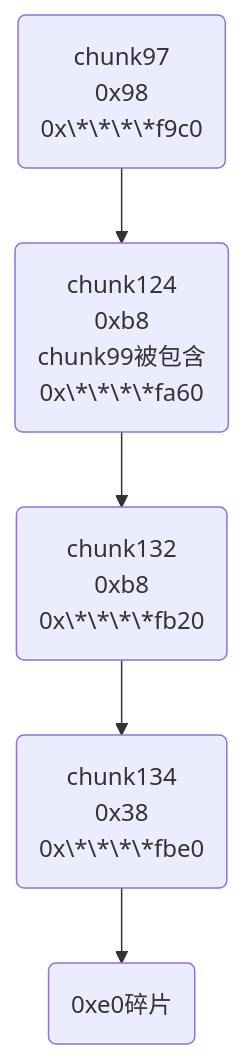
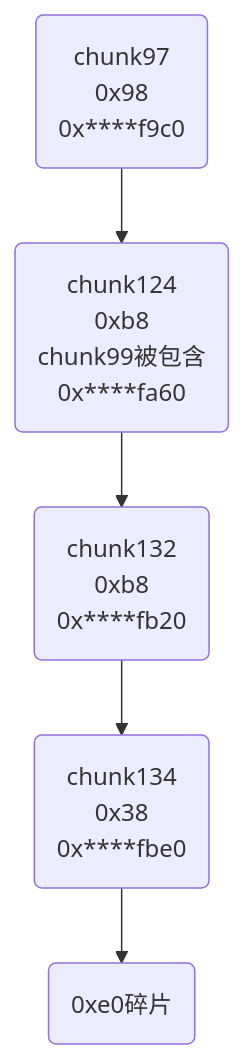
One commit to OpenDocCN1/kssd changed the third of 4 diagrams in docs/2026/20364.md. Above: the diagram before and after it, drawn with Mermaid. The commit also changed other lines of this file and 41765 other files, not shown here.

````diff
--- a/docs/2026/20364.md
+++ b/docs/2026/20364.md
@@ -330,4 +431,4 @@
 ```mermaid
 graph TD;
-0(chunk97<br>0x98<br>0x\*\*\*\*f9c0)-->1(chunk124<br>0xb8<br>chunk99被包含<br>0x\*\*\*\*fa60)-->2(chunk132<br>0xb8<br>0x\*\*\*\*fb20)-->3(chunk134<br>0x38<br>0x\*\*\*\*fbe0)-->4(0xe0碎片)
+0(chunk97<br>0x98<br>0x****f9c0)-->1(chunk124<br>0xb8<br>chunk99被包含<br>0x****fa60)-->2(chunk132<br>0xb8<br>0x****fb20)-->3(chunk134<br>0x38<br>0x****fbe0)-->4(0xe0碎片)
 ```
````
